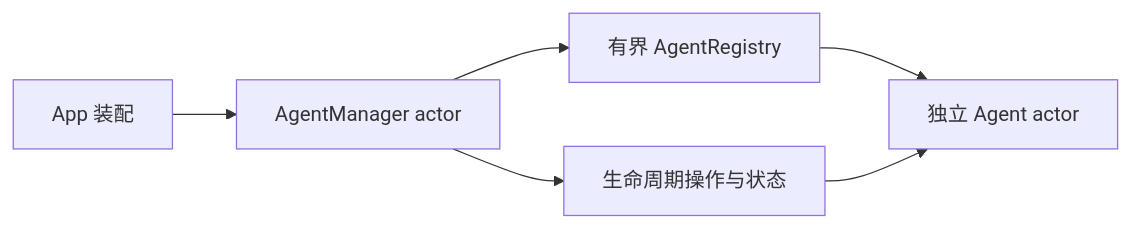
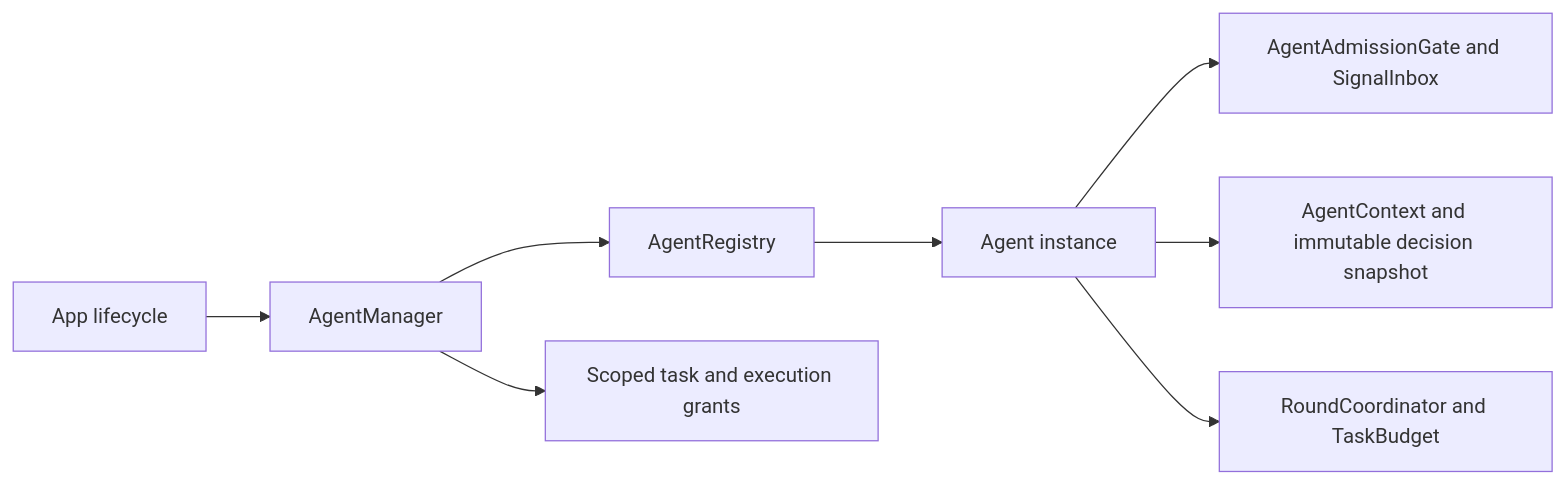
One commit to devilyouwei/MobileHarness changed the diagram in MobileHarness/Agents/Support/Core/Runtime/README.md. Above: the diagram before and after it, drawn with Mermaid. The commit also changed other lines of this file and 116 other files, not shown here.

````diff
--- a/MobileHarness/Agents/Support/Core/Runtime/README.md
+++ b/MobileHarness/Agents/Support/Core/Runtime/README.md
@@ -10,8 +15,10 @@
 ```mermaid
 flowchart LR
-    App[App 装配] --> Manager[AgentManager actor]
-    Manager --> Registry[有界 AgentRegistry]
-    Registry --> Agent[独立 Agent actor]
-    Manager --> Lifecycle[生命周期操作与状态]
-    Lifecycle --> Agent
+ Host[App lifecycle] --> Manager[AgentManager]
+ Manager --> Registry[AgentRegistry]
+ Registry --> Role[Agent instance]
+ Role --> Gate[AgentAdmissionGate and SignalInbox]
+ Role --> Context[AgentContext and immutable decision snapshot]
+ Role --> Round[RoundCoordinator and TaskBudget]
+ Manager --> Grants[Scoped task and execution grants]
 ```
````
